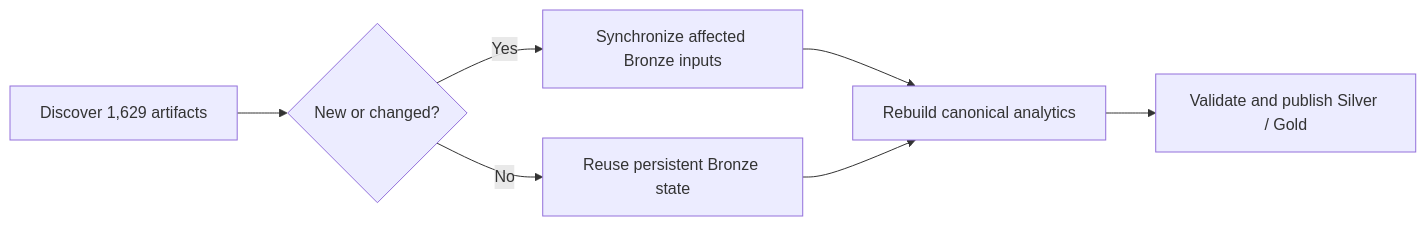
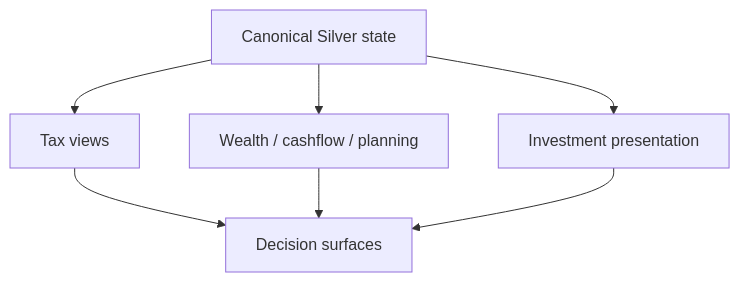
One commit to tks18/personal-finance-etl changed diagram 16 of 20 in README.md. Above: the diagram before and after it, drawn with Mermaid. The commit also changed other lines of this file, not shown here.

````diff
--- a/README.md
+++ b/README.md
@@ -1111,9 +1006,9 @@
 ```mermaid
-flowchart LR
-    DISC["Discover 1,629 artifacts"] --> HASH{"New or changed?"}
-    HASH -->|Yes| SYNC["Synchronize affected Bronze inputs"]
-    HASH -->|No| KEEP["Reuse persistent Bronze state"]
-    SYNC --> REBUILD["Rebuild canonical analytics"]
-    KEEP --> REBUILD
-    REBUILD --> CONTRACT["Validate and publish Silver / Gold"]
+flowchart TB
+    SIL["Canonical Silver state"] --> TAX["Tax views"]
+    SIL --> WEALTH["Wealth / cashflow / planning"]
+    SIL --> INV["Investment presentation"]
+    TAX --> BI["Decision surfaces"]
+    WEALTH --> BI
+    INV --> BI
 ```
````
